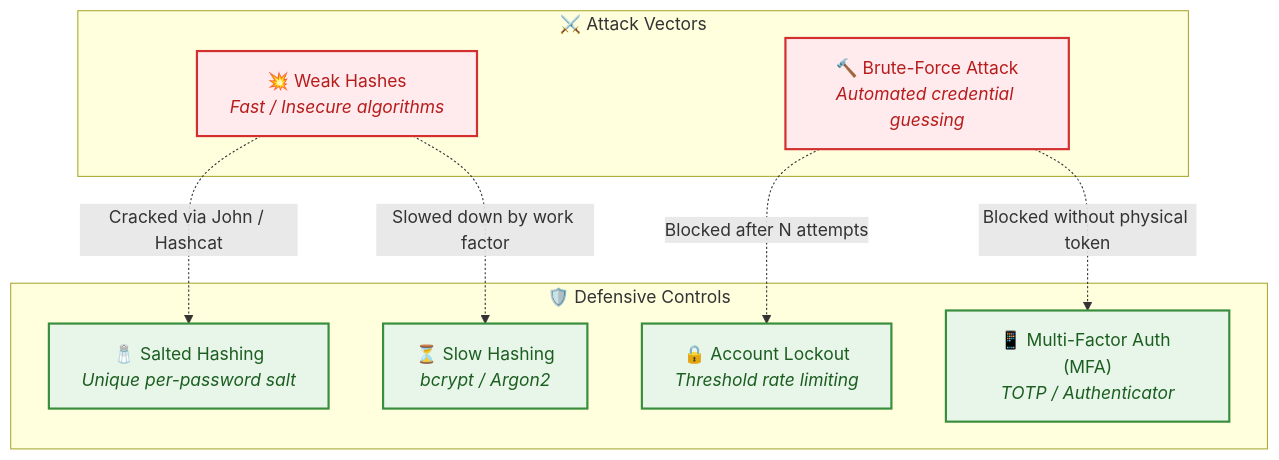
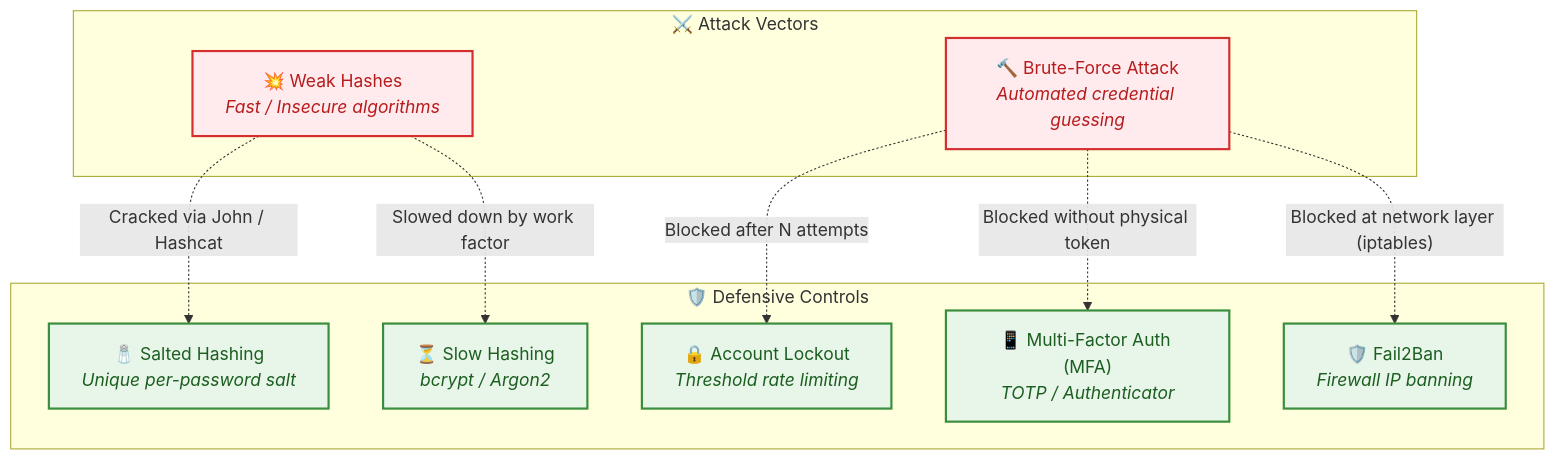
One commit to ahamudul-hasan/AuthShield changed the diagram in Note.md. Above: the diagram before and after it, drawn with Mermaid. The commit also changed other lines of this file and 1 other file, not shown here.

Commit message:
Enhance documentation on Fail2Ban and update requirements.txt for clarity on wordlist usage

````diff
--- a/Note.md
+++ b/Note.md
@@ -10,24 +10,26 @@
 ```mermaid
 flowchart TD
     subgraph ATTACKS["⚔️ Attack Vectors"]
         A1["💥 Weak Hashes<br/><i>Fast / Insecure algorithms</i>"]
         A2["🔨 Brute-Force Attack<br/><i>Automated credential guessing</i>"]
     end
 
     subgraph DEFENSES["🛡️ Defensive Controls"]
         D1["🧂 Salted Hashing<br/><i>Unique per-password salt</i>"]
         D2["⏳ Slow Hashing<br/><i>bcrypt / Argon2</i>"]
         D3["🔒 Account Lockout<br/><i>Threshold rate limiting</i>"]
         D4["📱 Multi-Factor Auth (MFA)<br/><i>TOTP / Authenticator</i>"]
+        D5["🛡️ Fail2Ban<br/><i>Firewall IP banning</i>"]
     end
 
     A1 -.->|"Cracked via John / Hashcat"| D1
     A1 -.->|"Slowed down by work factor"| D2
     A2 -.->|"Blocked after N attempts"| D3
     A2 -.->|"Blocked without physical token"| D4
+    A2 -.->|"Blocked at network layer (iptables)"| D5
 
     classDef attack fill:#ffebee,stroke:#d32f2f,stroke-width:2px,color:#b71c1c;
     classDef defense fill:#e8f5e9,stroke:#388e3c,stroke-width:2px,color:#1b5e20;
     class A1,A2 attack;
-    class D1,D2,D3,D4 defense;
+    class D1,D2,D3,D4,D5 defense;
 ```
````
